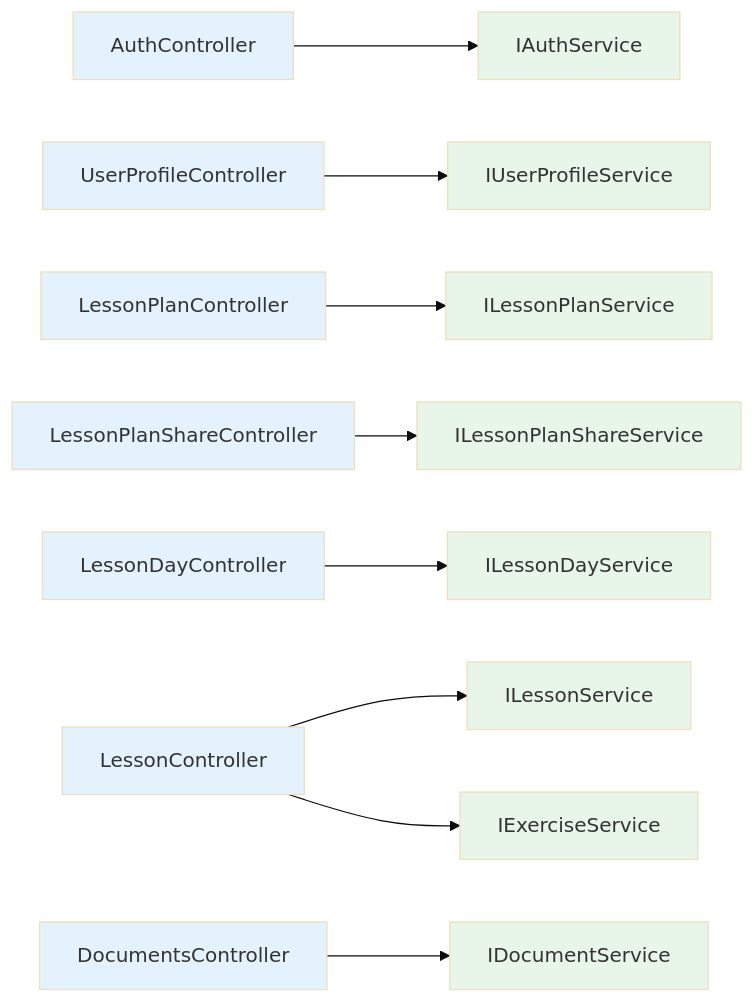
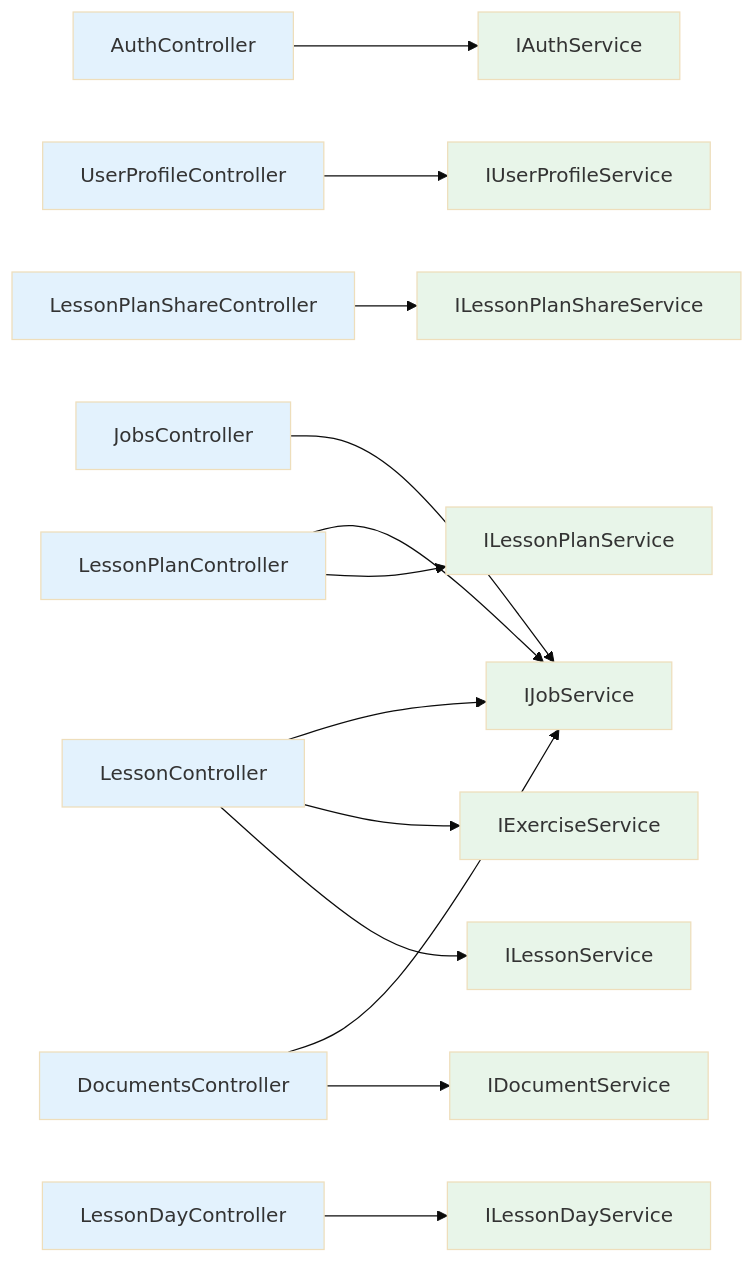
The first of 2 diagrams in diagrams/backend/05-api-controllers.md (Dockdep/LessonHub), drawn with Mermaid (base theme) before and after one commit. The commit also changed other lines of this file and 33 other files, not shown here.

````diff
--- a/diagrams/backend/05-api-controllers.md
+++ b/diagrams/backend/05-api-controllers.md
@@ -27,31 +36,38 @@
 ```mermaid
 flowchart LR
   classDef ctrl fill:#e3f2fd
   classDef svc fill:#e8f5e9
 
   ac[AuthController]:::ctrl
   upc[UserProfileController]:::ctrl
   lpc[LessonPlanController]:::ctrl
   lpsc[LessonPlanShareController]:::ctrl
   ldc[LessonDayController]:::ctrl
   lc[LessonController]:::ctrl
   dc[DocumentsController]:::ctrl
 
   asv[IAuthService]:::svc
   upsv[IUserProfileService]:::svc
   lpsv[ILessonPlanService]:::svc
   lpssv[ILessonPlanShareService]:::svc
   ldsv[ILessonDayService]:::svc
   lsv[ILessonService]:::svc
   esv[IExerciseService]:::svc
   dsv[IDocumentService]:::svc
+  jsv[IJobService]:::svc
+
+  jc[JobsController]:::ctrl
 
   ac --> asv
   upc --> upsv
   lpc --> lpsv
+  lpc --> jsv
   lpsc --> lpssv
   ldc --> ldsv
   lc --> lsv
   lc --> esv
+  lc --> jsv
   dc --> dsv
+  dc --> jsv
+  jc --> jsv
 ```
````
